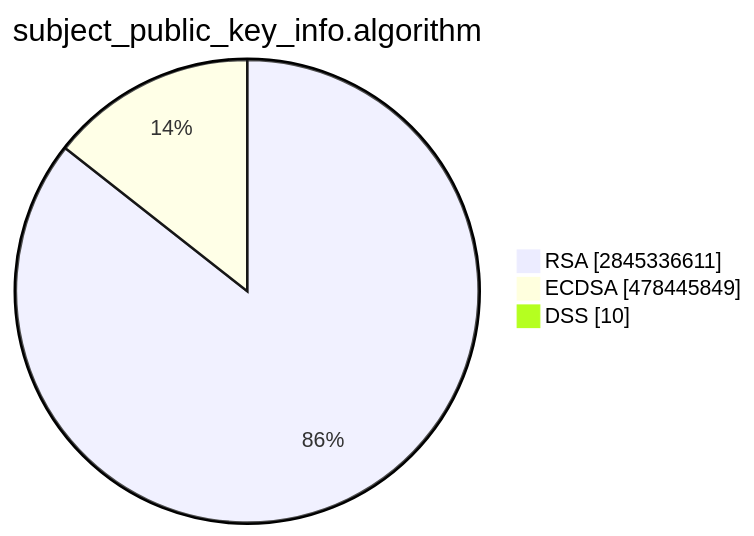
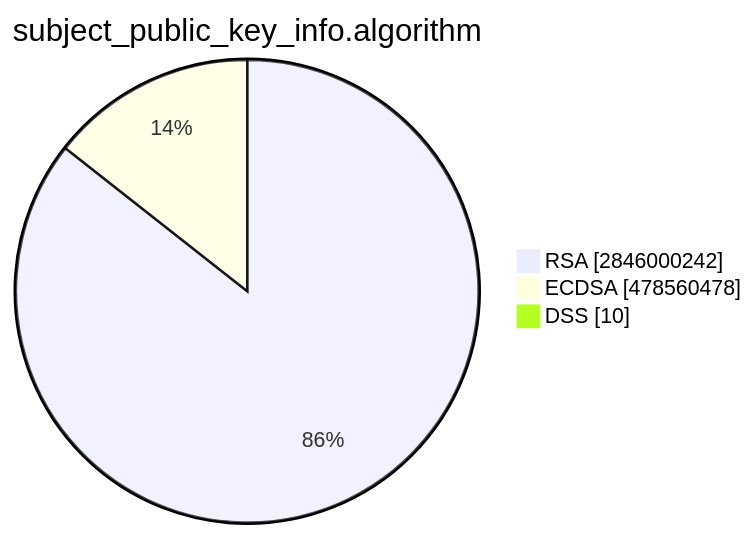
The second of 15 diagrams in TOTAL/README.md (christiankrug/ctmonitor_visualization), drawn with Mermaid before and after one commit. The commit also changed other lines of this file, not shown here.

````diff
--- a/TOTAL/README.md
+++ b/TOTAL/README.md
@@ -6,7 +6,7 @@
 ```mermaid
 pie showData
 title subject_public_key_info.algorithm
-"RSA" :2845336611
-"ECDSA" :478445849
+"RSA" :2846000242
+"ECDSA" :478560478
 "DSS" :10
 ```
````
